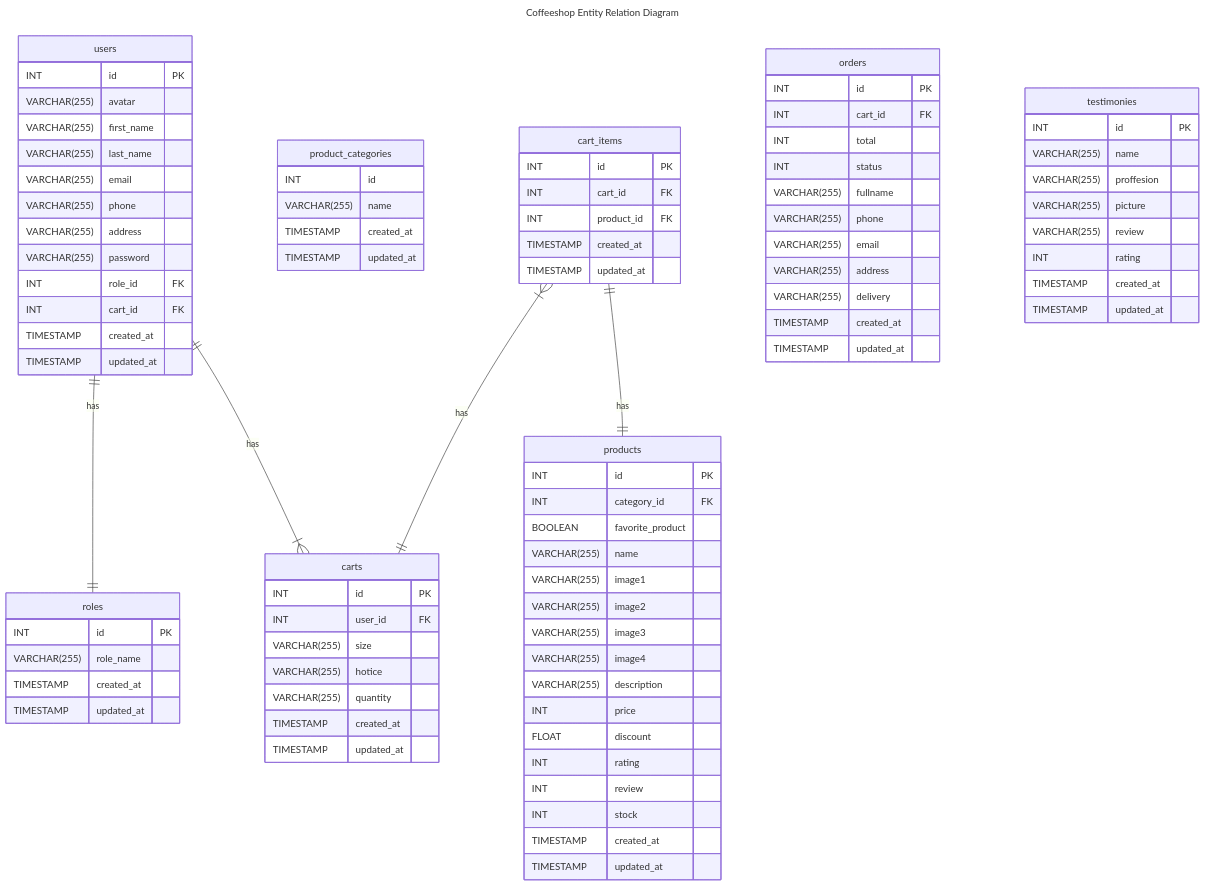
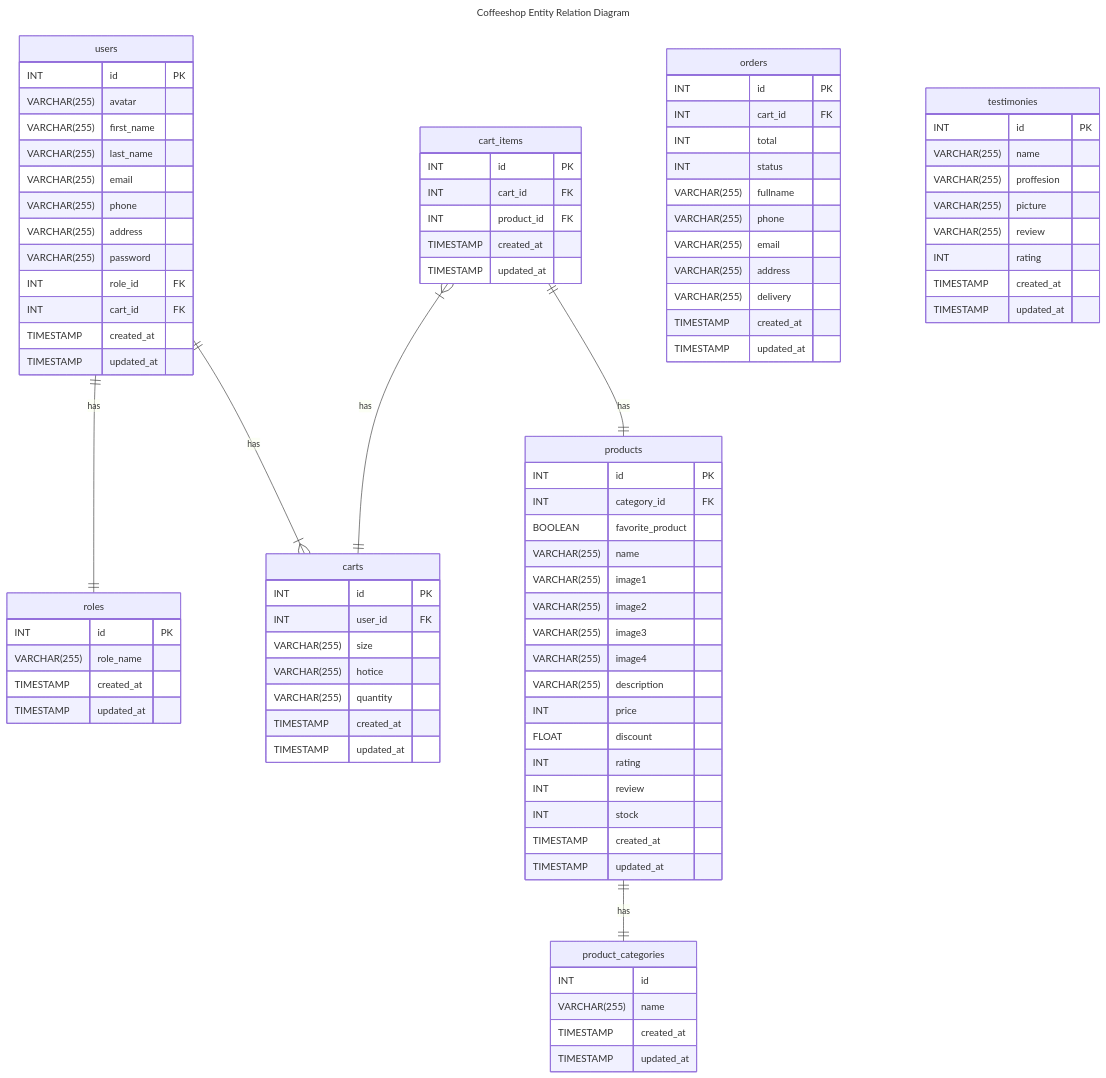
One commit to rezafauzan/koda-b6-db changed the diagram in readme.md. Above: the diagram before and after it, drawn with Mermaid.

Commit message:
Feat: add products entity relations

````diff
--- a/readme.md
+++ b/readme.md
@@ -100,4 +100,5 @@
     users only one to one or more carts : has
     cart_items one or more to only one carts : has
     cart_items only one to only one products : has
+    products only one to only one product_categories : has
 ```
````
